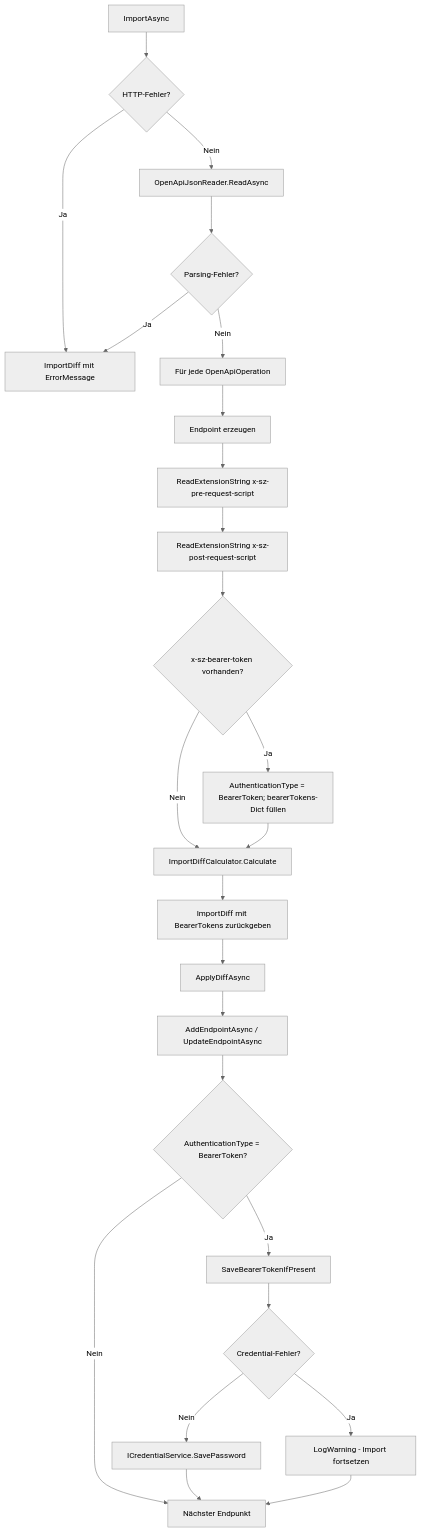
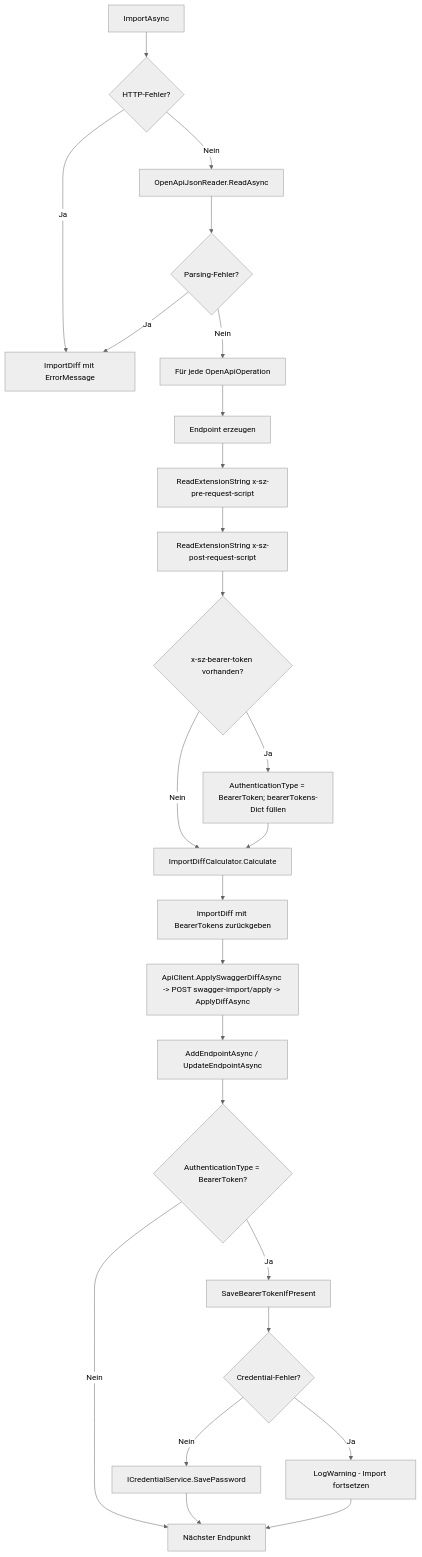
The third of 3 diagrams in docs/help/endpunkte/ablauf-technisch.md (martin-stromberg/Schnittstellenzentrale), drawn with Mermaid (neutral theme) before and after one commit. The commit also changed other lines of this file and 23 other files, not shown here.

First line of the commit message:
feat: Validierten REST-Endpunkt fuer Swagger-Import-Apply

````diff
--- a/docs/help/endpunkte/ablauf-technisch.md
+++ b/docs/help/endpunkte/ablauf-technisch.md
@@ -456,27 +460,27 @@
 ```mermaid
 flowchart TD
     A[ImportAsync] --> B{HTTP-Fehler?}
     B -- Ja --> C[ImportDiff mit ErrorMessage]
     B -- Nein --> D[OpenApiJsonReader.ReadAsync]
     D --> E{Parsing-Fehler?}
     E -- Ja --> C
     E -- Nein --> F[Für jede OpenApiOperation]
     F --> G[Endpoint erzeugen]
     G --> H[ReadExtensionString x-sz-pre-request-script]
     H --> I[ReadExtensionString x-sz-post-request-script]
     I --> J{x-sz-bearer-token vorhanden?}
     J -- Ja --> K[AuthenticationType = BearerToken; bearerTokens-Dict füllen]
     J -- Nein --> L[ImportDiffCalculator.Calculate]
     K --> L
     L --> M[ImportDiff mit BearerTokens zurückgeben]
-    M --> N[ApplyDiffAsync]
+    M --> N[ApiClient.ApplySwaggerDiffAsync -> POST swagger-import/apply -> ApplyDiffAsync]
     N --> O[AddEndpointAsync / UpdateEndpointAsync]
     O --> P{AuthenticationType = BearerToken?}
     P -- Ja --> Q[SaveBearerTokenIfPresent]
     Q --> R{Credential-Fehler?}
     R -- Ja --> S[LogWarning - Import fortsetzen]
     R -- Nein --> T[ICredentialService.SavePassword]
     P -- Nein --> U[Nächster Endpunkt]
     T --> U
     S --> U
 ```
````
